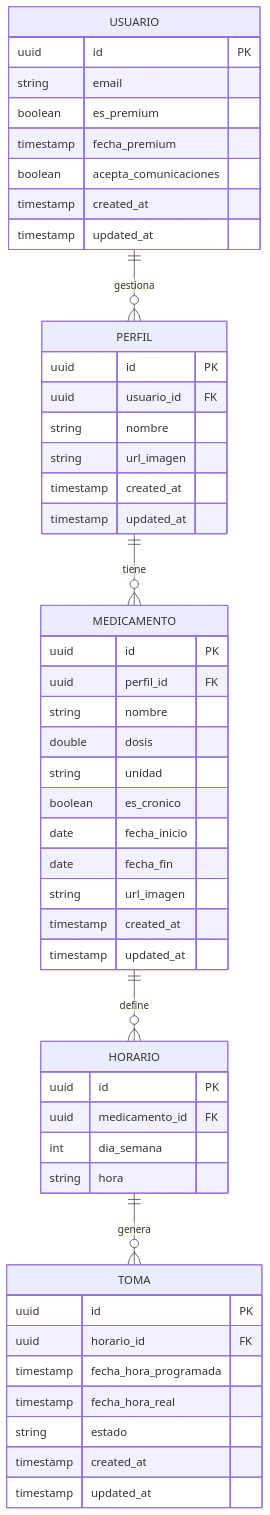
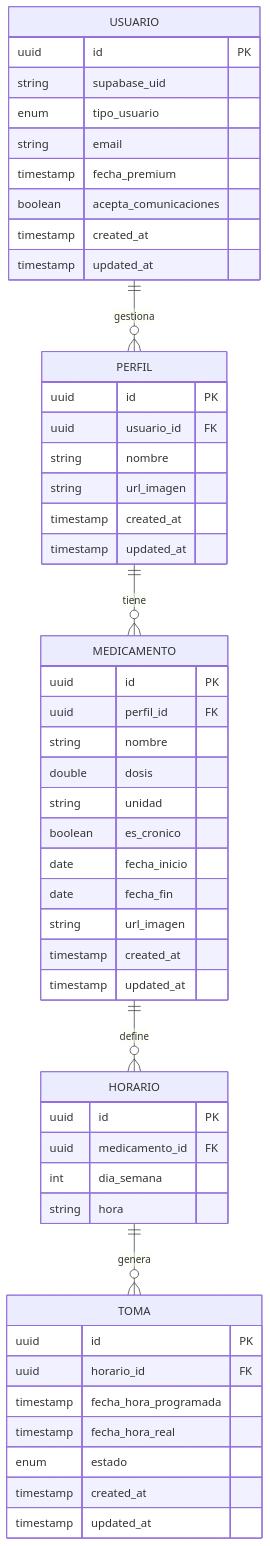
Before and after one commit to arodriguezvaz/PillRemind: the second of 2 diagrams in doc/templates/3_deseño.md, drawn with Mermaid. The commit also changed 7 other files, not shown here.

````diff
--- a/doc/templates/3_deseño.md
+++ b/doc/templates/3_deseño.md
@@ -18,57 +18,58 @@
 ```mermaid
 erDiagram
   USUARIO {
     uuid id PK
+    string supabase_uid
+    enum tipo_usuario
     string email
-    boolean es_premium
     timestamp fecha_premium
     boolean acepta_comunicaciones
     timestamp created_at
     timestamp updated_at
   }
 
   PERFIL {
     uuid id PK
     uuid usuario_id FK
     string nombre
     string url_imagen
     timestamp created_at
     timestamp updated_at
   }
 
   MEDICAMENTO {
     uuid id PK
     uuid perfil_id FK
     string nombre
     double dosis
     string unidad
     boolean es_cronico
     date fecha_inicio
     date fecha_fin
     string url_imagen
     timestamp created_at
     timestamp updated_at
   }
 
   HORARIO {
     uuid id PK
     uuid medicamento_id FK
     int dia_semana
     string hora
   }
 
   TOMA {
     uuid id PK
     uuid horario_id FK
     timestamp fecha_hora_programada
     timestamp fecha_hora_real
-    string estado
+    enum estado
     timestamp created_at
     timestamp updated_at
   }
 
   USUARIO ||--o{ PERFIL : gestiona
   PERFIL ||--o{ MEDICAMENTO : tiene
   MEDICAMENTO ||--o{ HORARIO : define
   HORARIO ||--o{ TOMA : genera
 ```
````
